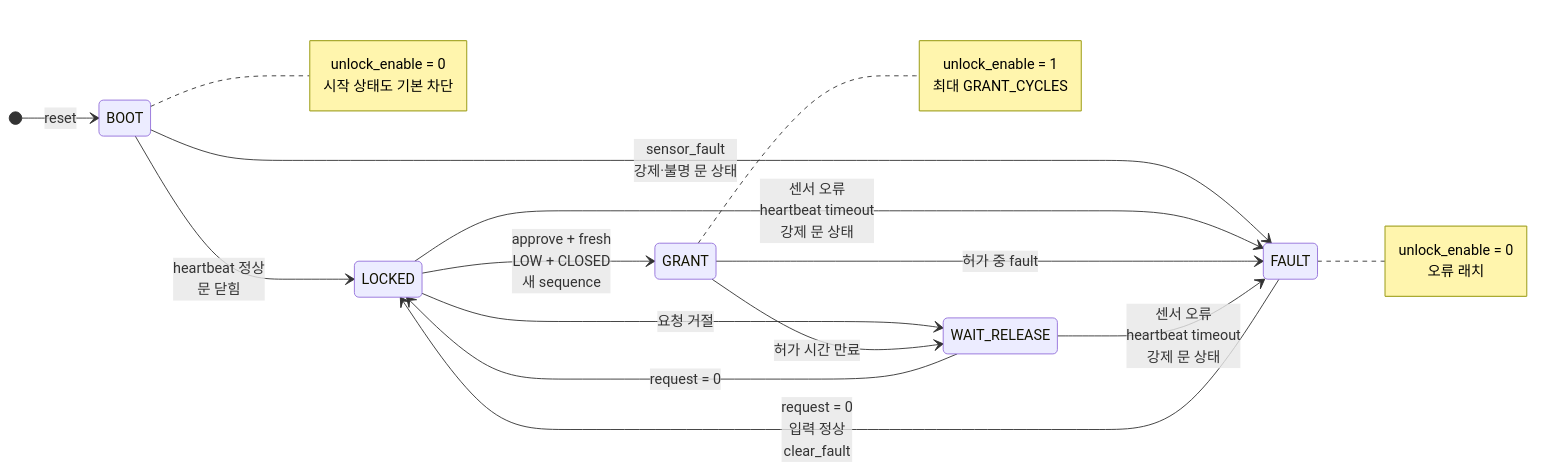
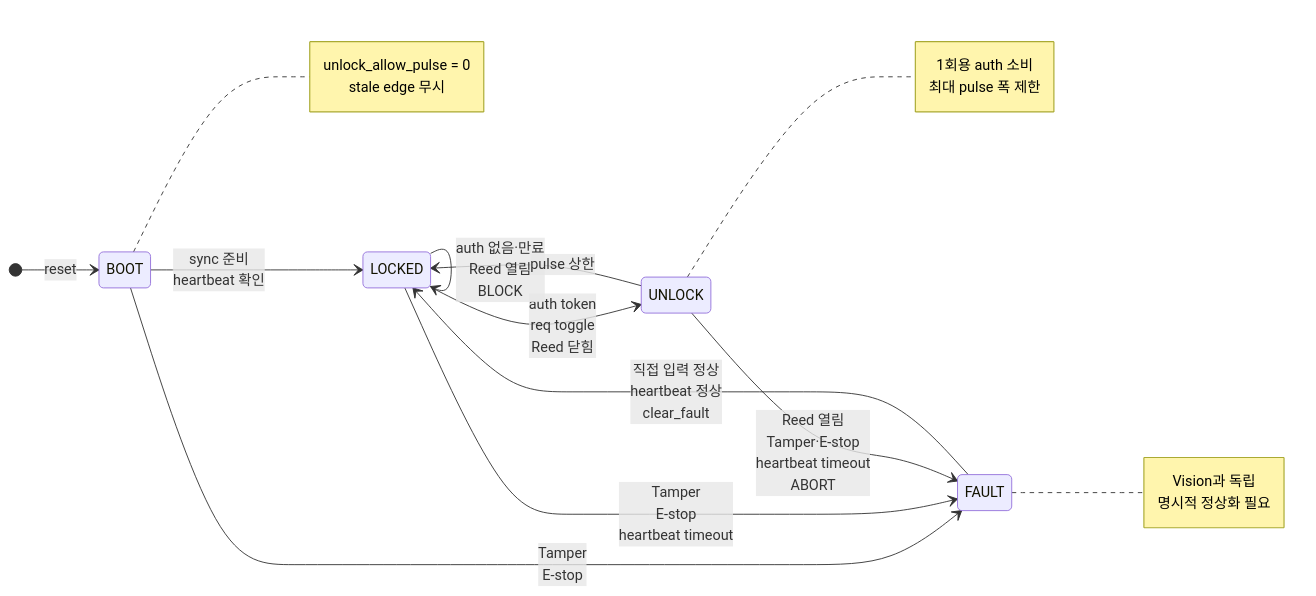
One commit to Uree1229/Risk-ZERO changed the diagram in docs/Diagram/08-fpga-safety-gate-fsm.md. Above: the diagram before and after it, drawn with Mermaid. The commit also changed other lines of this file and 33 other files, not shown here.

Commit message:
Adopt direct FPGA camera architecture

````diff
--- a/docs/Diagram/08-fpga-safety-gate-fsm.md
+++ b/docs/Diagram/08-fpga-safety-gate-fsm.md
@@ -5,36 +5,33 @@
 ```mermaid
 stateDiagram-v2
     direction LR
 
     [*] --> BOOT: reset
 
-    BOOT --> LOCKED: heartbeat 정상<br/>문 닫힘
-    BOOT --> FAULT: sensor_fault<br/>강제·불명 문 상태
+    BOOT --> LOCKED: sync 준비<br/>heartbeat 확인
+    BOOT --> FAULT: Tamper<br/>E-stop
 
-    LOCKED --> GRANT: approve + fresh<br/>LOW + CLOSED<br/>새 sequence
-    LOCKED --> WAIT_RELEASE: 요청 거절
-    LOCKED --> FAULT: 센서 오류<br/>heartbeat timeout<br/>강제 문 상태
+    LOCKED --> UNLOCK: auth token<br/>req toggle<br/>Reed 닫힘
+    LOCKED --> LOCKED: auth 없음·만료<br/>Reed 열림<br/>BLOCK
+    LOCKED --> FAULT: Tamper<br/>E-stop<br/>heartbeat timeout
 
-    GRANT --> WAIT_RELEASE: 허가 시간 만료
-    GRANT --> FAULT: 허가 중 fault
+    UNLOCK --> LOCKED: pulse 상한
+    UNLOCK --> FAULT: Reed 열림<br/>Tamper·E-stop<br/>heartbeat timeout<br/>ABORT
 
-    WAIT_RELEASE --> LOCKED: request = 0
-    WAIT_RELEASE --> FAULT: 센서 오류<br/>heartbeat timeout<br/>강제 문 상태
-
-    FAULT --> LOCKED: request = 0<br/>입력 정상<br/>clear_fault
+    FAULT --> LOCKED: 직접 입력 정상<br/>heartbeat 정상<br/>clear_fault
 
     note right of BOOT
-      unlock_enable = 0
-      시작 상태도 기본 차단
+      unlock_allow_pulse = 0
+      stale edge 무시
     end note
 
-    note right of GRANT
-      unlock_enable = 1
-      최대 GRANT_CYCLES
+    note right of UNLOCK
+      1회용 auth 소비
+      최대 pulse 폭 제한
     end note
 
     note right of FAULT
-      unlock_enable = 0
-      오류 래치
+      Vision과 독립
+      명시적 정상화 필요
     end note
 ```
````
